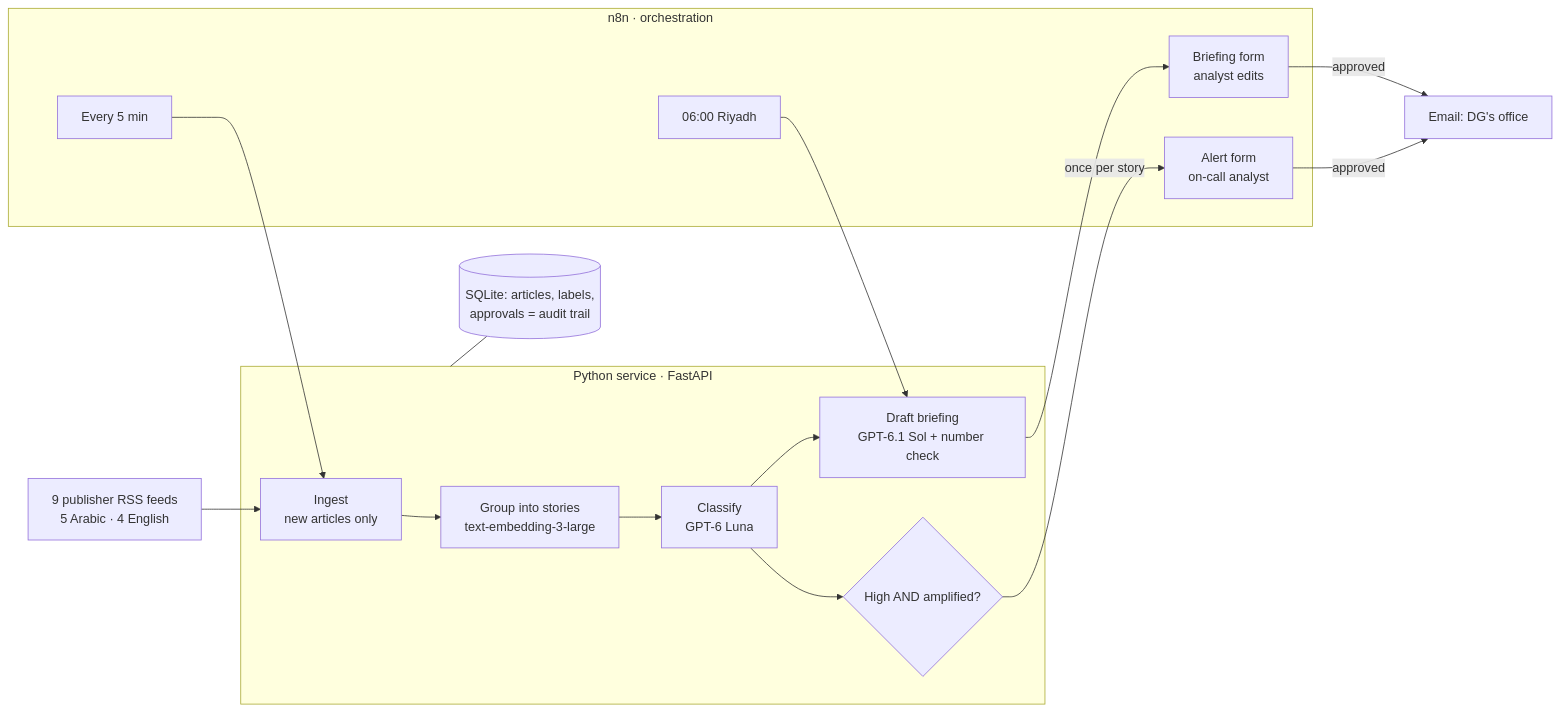
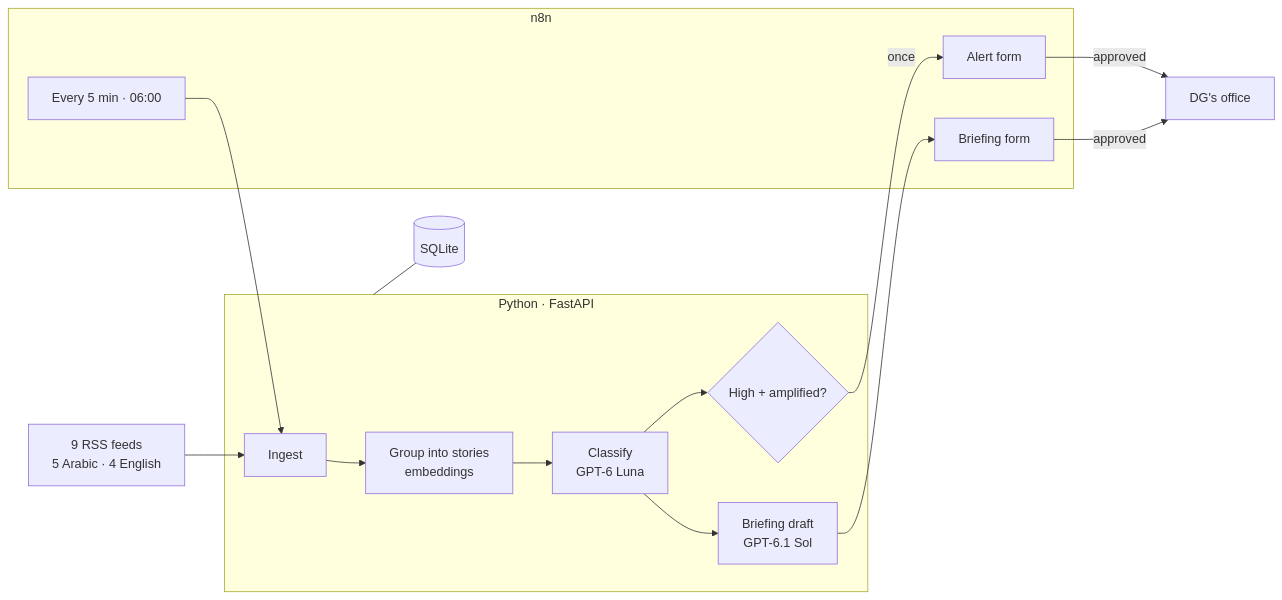
The diagram in docs/ARCHITECTURE.md (Taha-Alnasser/Marsad), drawn with Mermaid before and after one commit. The commit also changed other lines of this file and 2 other files, not shown here.

Commit message:
Shorter docs and architecture PDF

````diff
--- a/docs/ARCHITECTURE.md
+++ b/docs/ARCHITECTURE.md
@@ -5,19 +7,18 @@
 ```mermaid
 flowchart LR
-    F[9 publisher RSS feeds<br/>5 Arabic · 4 English] --> I
-    subgraph P [Python service · FastAPI]
-      I[Ingest<br/>new articles only] --> G[Group into stories<br/>text-embedding-3-large]
+    F[9 RSS feeds<br/>5 Arabic · 4 English] --> I
+    subgraph P [Python · FastAPI]
+      I[Ingest] --> G[Group into stories<br/>embeddings]
       G --> C[Classify<br/>GPT-6 Luna]
-      C --> A{High AND amplified?}
-      C --> B[Draft briefing<br/>GPT-6.1 Sol + number check]
+      C --> A{High + amplified?}
+      C --> B[Briefing draft<br/>GPT-6.1 Sol]
     end
-    subgraph N [n8n · orchestration]
-      T1[Every 5 min] --> I
-      T2[06:00 Riyadh] --> B
-      A -->|once per story| AA[Alert form<br/>on-call analyst]
-      B --> BA[Briefing form<br/>analyst edits]
+    subgraph N [n8n]
+      T[Every 5 min · 06:00] --> I
+      A -->|once| AA[Alert form]
+      B --> BA[Briefing form]
     end
-    AA -->|approved| DG[Email: DG's office]
+    AA -->|approved| DG[DG's office]
     BA -->|approved| DG
-    P --- DB[(SQLite: articles, labels,<br/>approvals = audit trail)]
+    P --- DB[(SQLite)]
 ```
````
